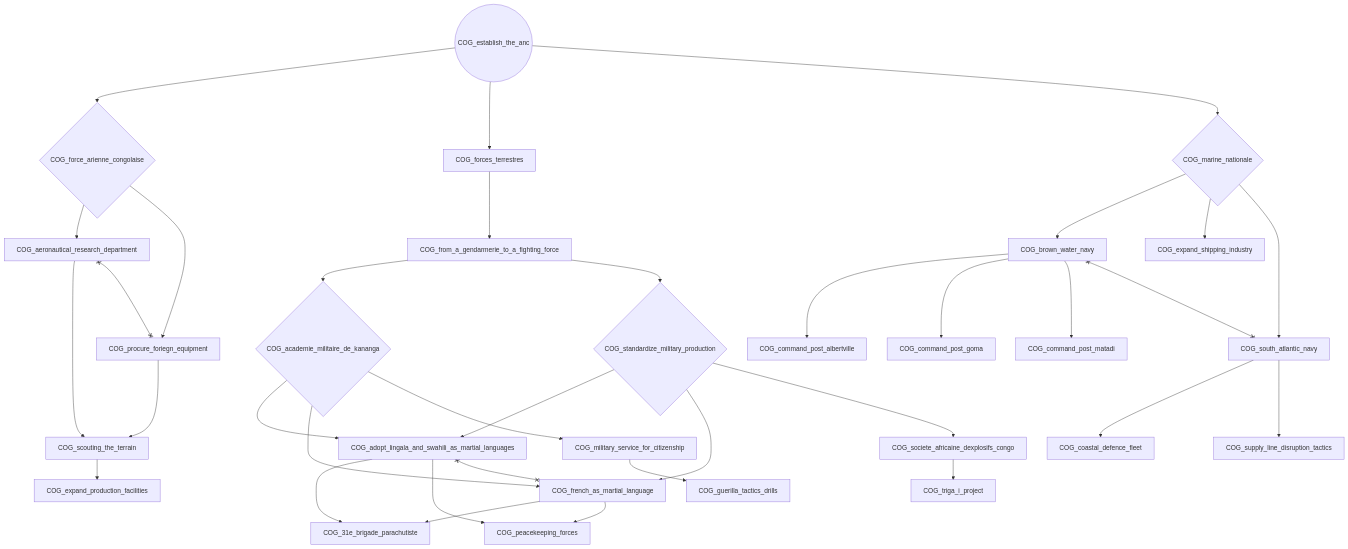
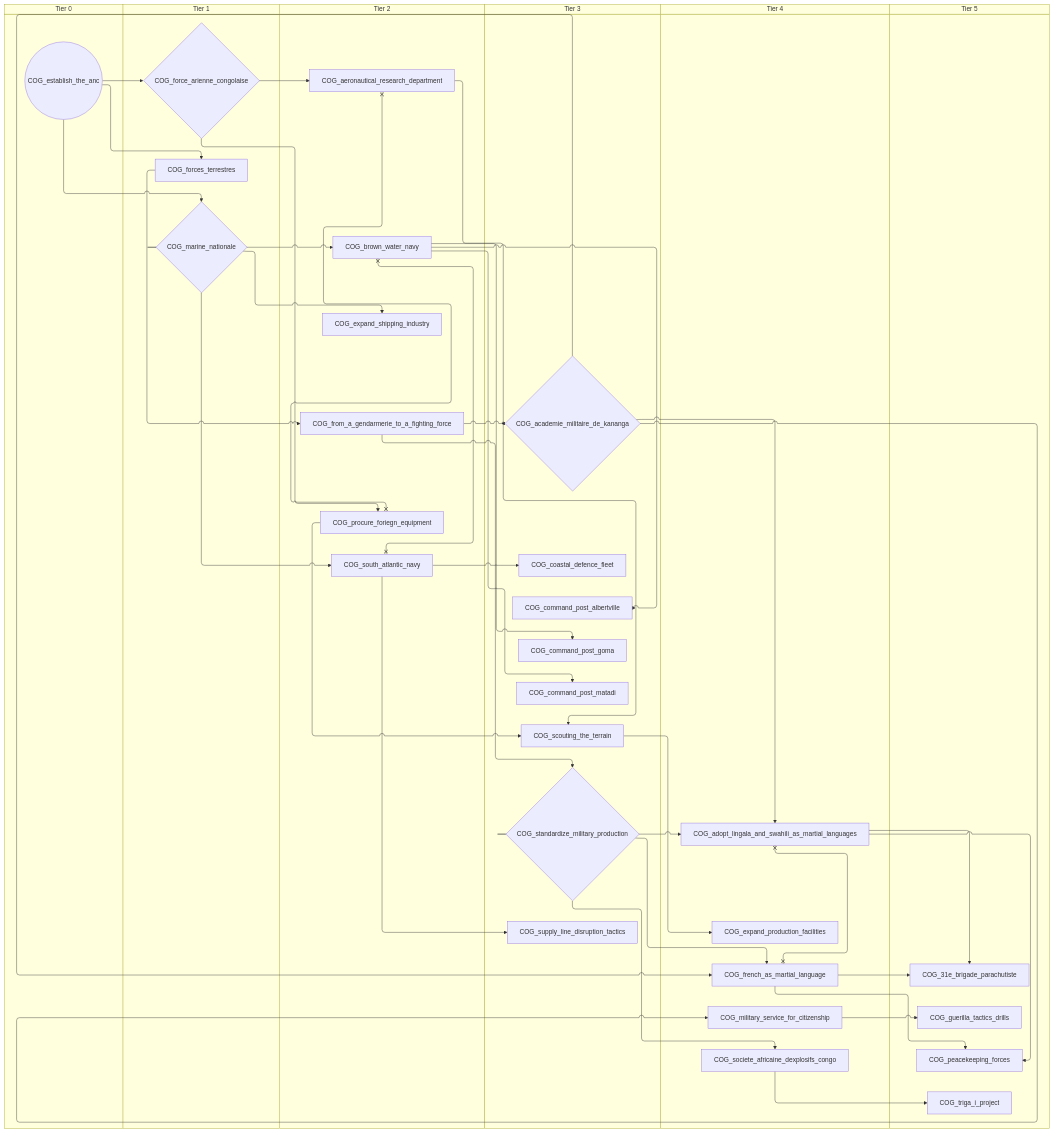
The fifth of 10 diagrams in docs/gdd/National Focuses/r56/congo.md (evgeny-sobol/hoi4-sandbox-mode-r56), drawn with Mermaid before and after one commit. The commit also changed other lines of this file and 423 other files, not shown here.

First line of the commit message:
Re-export Rt56 focus trees as swimlane diagrams

````diff
--- a/docs/gdd/National Focuses/r56/congo.md
+++ b/docs/gdd/National Focuses/r56/congo.md
@@ -169,64 +195,76 @@
 ```mermaid
-flowchart TD
-    n63["COG_31e_brigade_parachutiste"]
-    n64{"COG_academie_militaire_de_kananga"}
-    n65["COG_adopt_lingala_and_swahili_as_martial_languages"]
-    n66["COG_aeronautical_research_department"]
-    n67["COG_brown_water_navy"]
-    n68["COG_coastal_defence_fleet"]
-    n69["COG_command_post_albertville"]
-    n70["COG_command_post_goma"]
-    n71["COG_command_post_matadi"]
-    n72(("COG_establish_the_anc"))
-    n73["COG_expand_production_facilities"]
-    n74["COG_expand_shipping_industry"]
-    n75{"COG_force_arienne_congolaise"}
-    n76["COG_forces_terrestres"]
-    n77["COG_french_as_martial_language"]
-    n78["COG_from_a_gendarmerie_to_a_fighting_force"]
-    n79["COG_guerilla_tactics_drills"]
-    n80{"COG_marine_nationale"}
-    n81["COG_military_service_for_citizenship"]
-    n82["COG_peacekeeping_forces"]
-    n83["COG_procure_foriegn_equipment"]
-    n84["COG_scouting_the_terrain"]
-    n85["COG_societe_africaine_dexplosifs_congo"]
-    n86["COG_south_atlantic_navy"]
-    n87{"COG_standardize_military_production"}
-    n88["COG_supply_line_disruption_tactics"]
-    n89["COG_triga_i_project"]
-    n77 --> n63
-    n65 --> n63
-    n78 --> n64
-    n87 --> n65
-    n64 --> n65
-    n75 --> n66
-    n80 --> n67
-    n86 --> n68
-    n67 --> n69
-    n67 --> n70
-    n67 --> n71
-    n84 --> n73
-    n80 --> n74
-    n72 --> n75
-    n72 --> n76
-    n87 --> n77
-    n64 --> n77
-    n76 --> n78
-    n81 --> n79
+swimlane-beta TD
+    subgraph tier_0["Tier 0"]
+        n63(("COG_establish_the_anc"))
+    end
+    subgraph tier_1["Tier 1"]
+        n64{"COG_force_arienne_congolaise"}
+        n65["COG_forces_terrestres"]
+        n66{"COG_marine_nationale"}
+    end
+    subgraph tier_2["Tier 2"]
+        n67["COG_aeronautical_research_department"]
+        n68["COG_brown_water_navy"]
+        n69["COG_expand_shipping_industry"]
+        n70["COG_from_a_gendarmerie_to_a_fighting_force"]
+        n71["COG_procure_foriegn_equipment"]
+        n72["COG_south_atlantic_navy"]
+    end
+    subgraph tier_3["Tier 3"]
+        n73{"COG_academie_militaire_de_kananga"}
+        n74["COG_coastal_defence_fleet"]
+        n75["COG_command_post_albertville"]
+        n76["COG_command_post_goma"]
+        n77["COG_command_post_matadi"]
+        n78["COG_scouting_the_terrain"]
+        n79{"COG_standardize_military_production"}
+        n80["COG_supply_line_disruption_tactics"]
+    end
+    subgraph tier_4["Tier 4"]
+        n81["COG_adopt_lingala_and_swahili_as_martial_languages"]
+        n82["COG_expand_production_facilities"]
+        n83["COG_french_as_martial_language"]
+        n84["COG_military_service_for_citizenship"]
+        n85["COG_societe_africaine_dexplosifs_congo"]
+    end
+    subgraph tier_5["Tier 5"]
+        n86["COG_31e_brigade_parachutiste"]
+        n87["COG_guerilla_tactics_drills"]
+        n88["COG_peacekeeping_forces"]
+        n89["COG_triga_i_project"]
+    end
+    n83 --> n86
+    n81 --> n86
+    n70 --> n73
+    n79 --> n81
+    n73 --> n81
+    n64 --> n67
+    n66 --> n68
+    n72 --> n74
+    n68 --> n75
+    n68 --> n76
+    n68 --> n77
+    n78 --> n82
+    n66 --> n69
+    n63 --> n64
+    n63 --> n65
+    n79 --> n83
+    n73 --> n83
+    n65 --> n70
+    n84 --> n87
+    n63 --> n66
+    n73 --> n84
+    n83 --> n88
+    n81 --> n88
+    n64 --> n71
+    n67 --> n78
+    n71 --> n78
+    n79 --> n85
+    n66 --> n72
+    n70 --> n79
     n72 --> n80
-    n64 --> n81
-    n77 --> n82
-    n65 --> n82
-    n75 --> n83
-    n66 --> n84
-    n83 --> n84
-    n87 --> n85
-    n80 --> n86
-    n78 --> n87
-    n86 --> n88
     n85 --> n89
-    n65 x--x n77
-    n66 x--x n83
-    n67 x--x n86
+    n81 x--x n83
+    n67 x--x n71
+    n68 x--x n72
 ```
````
